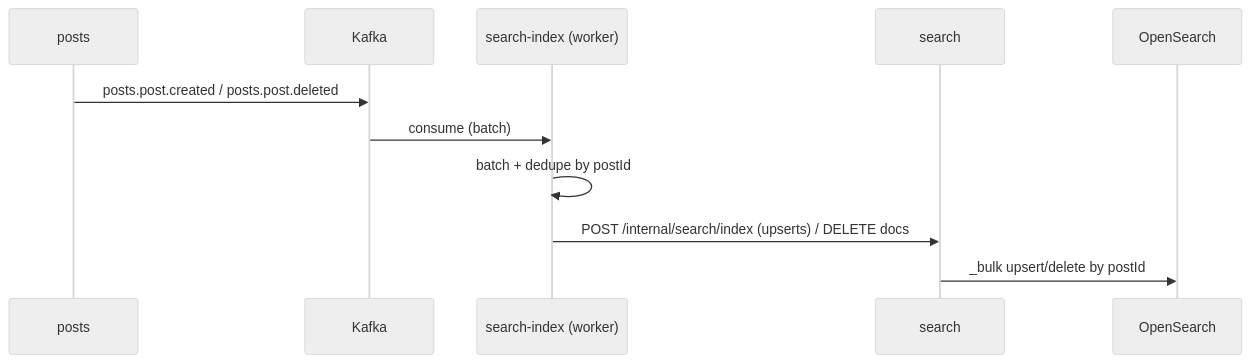
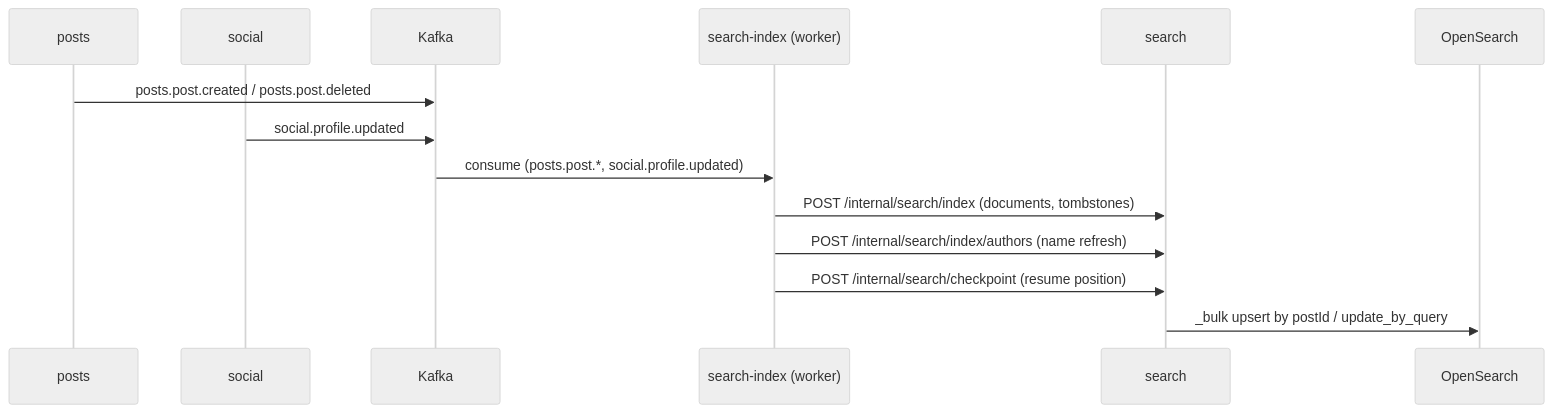
Before and after one commit to jdc-projects/xitter: the fourth of 4 diagrams in docs/specs/architecture/04-event-driven-flows.md, drawn with Mermaid (neutral theme). The commit also changed other lines of this file and 18 other files, not shown here.

First line of the commit message:
feat(search): web search UI, bootstrap index creation, e2e + docs

````diff
--- a/docs/specs/architecture/04-event-driven-flows.md
+++ b/docs/specs/architecture/04-event-driven-flows.md
@@ -146,14 +146,17 @@
 ```mermaid
 sequenceDiagram
     participant P as posts
+    participant S as social
     participant K as Kafka
     participant SI as search-index (worker)
     participant SE as search
     participant OS as OpenSearch
 
     P->>K: posts.post.created / posts.post.deleted
-    K->>SI: consume (batch)
-    SI->>SI: batch + dedupe by postId
-    SI->>SE: POST /internal/search/index (upserts) / DELETE docs
-    SE->>OS: _bulk upsert/delete by postId
+    S->>K: social.profile.updated
+    K->>SI: consume (posts.post.*, social.profile.updated)
+    SI->>SE: POST /internal/search/index (documents, tombstones) 
+    SI->>SE: POST /internal/search/index/authors (name refresh)
+    SI->>SE: POST /internal/search/checkpoint (resume position)
+    SE->>OS: _bulk upsert by postId / update_by_query
 ```
````
